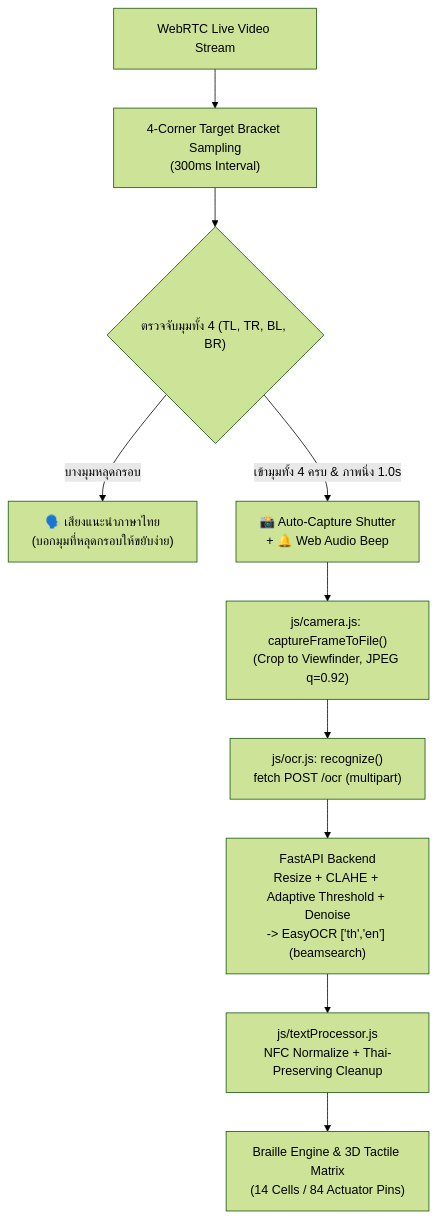
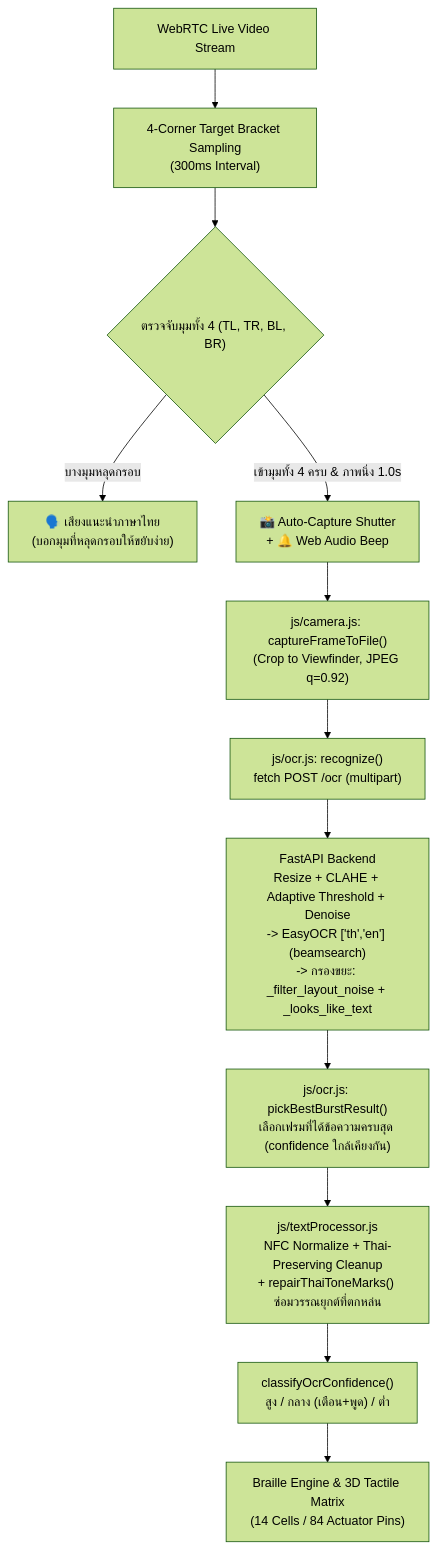
One commit to chokunkie/braillend changed the first of 2 diagrams in README.md. Above: the diagram before and after it, drawn with Mermaid (forest theme). The commit also changed other lines of this file, not shown here.

First line of the commit message:
docs(readme): document the OCR-quality safeguards

````diff
--- a/README.md
+++ b/README.md
@@ -84,12 +87,14 @@
 ```mermaid
 graph TD
     LiveCam["WebRTC Live Video Stream"] --> Viewfinder["4-Corner Target Bracket Sampling\n(300ms Interval)"]
     Viewfinder --> CornerLock{"ตรวจจับมุมทั้ง 4 (TL, TR, BL, BR)"}
     CornerLock -- "บางมุมหลุดกรอบ" --> VoiceGuide["🗣️ เสียงแนะนำภาษาไทย\n(บอกมุมที่หลุดกรอบให้ขยับง่าย)"]
     CornerLock -- "เข้ามุมทั้ง 4 ครบ & ภาพนิ่ง 1.0s" --> AutoShutter["📸 Auto-Capture Shutter\n+ 🔔 Web Audio Beep"]
     AutoShutter --> Crop["js/camera.js: captureFrameToFile()\n(Crop to Viewfinder, JPEG q=0.92)"]
     Crop --> OcrModule["js/ocr.js: recognize()\nfetch POST /ocr (multipart)"]
-    OcrModule --> Backend["FastAPI Backend\nResize + CLAHE + Adaptive Threshold + Denoise\n-> EasyOCR ['th','en'] (beamsearch)"]
-    Backend --> TextProc["js/textProcessor.js\nNFC Normalize + Thai-Preserving Cleanup"]
-    TextProc --> Braille["Braille Engine & 3D Tactile Matrix\n(14 Cells / 84 Actuator Pins)"]
+    OcrModule --> Backend["FastAPI Backend\nResize + CLAHE + Adaptive Threshold + Denoise\n-> EasyOCR ['th','en'] (beamsearch)\n-> กรองขยะ: _filter_layout_noise + _looks_like_text"]
+    Backend --> Burst["js/ocr.js: pickBestBurstResult()\nเลือกเฟรมที่ได้ข้อความครบสุด (confidence ใกล้เคียงกัน)"]
+    Burst --> TextProc["js/textProcessor.js\nNFC Normalize + Thai-Preserving Cleanup\n+ repairThaiToneMarks() ซ่อมวรรณยุกต์ที่ตกหล่น"]
+    TextProc --> Conf["classifyOcrConfidence()\nสูง / กลาง (เตือน+พูด) / ต่ำ"]
+    Conf --> Braille["Braille Engine & 3D Tactile Matrix\n(14 Cells / 84 Actuator Pins)"]
 ```
````
